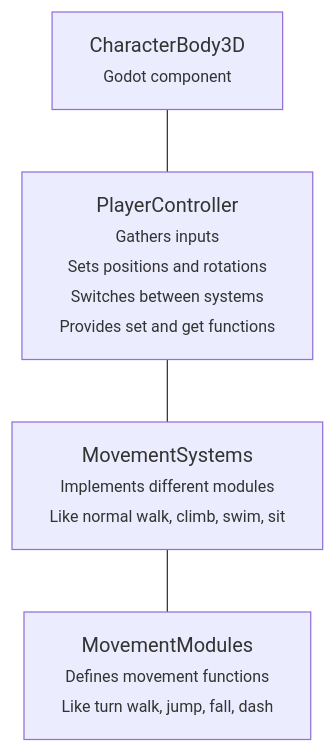
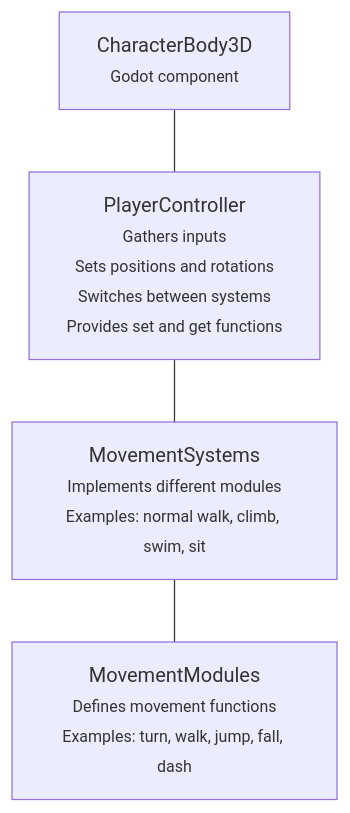
The diagram in README.md (iffn/CharacterControllerForGodot), drawn with Mermaid before and after one commit.

Commit message:
Improved phrasing

````diff
--- a/README.md
+++ b/README.md
@@ -3,12 +3,12 @@
 ```mermaid
 flowchart TD
     %% User interaction
     CharacterBody3D["CharacterBody3D"<br><span style='font-size: 0.8em;'>Godot component]
     PlayerController["PlayerController"<br><span style='font-size: 0.8em;'>Gathers inputs<br>Sets positions and rotations<br>Switches between systems<br>Provides set and get functions]
-    MovementSystems["MovementSystems"<br><span style='font-size: 0.8em;'>Implements different modules<br>Like normal walk, climb, swim, sit]
-    MovementModules["MovementModules"<br><span style='font-size: 0.8em;'>Defines movement functions<br>Like turn walk, jump, fall, dash]
+    MovementSystems["MovementSystems"<br><span style='font-size: 0.8em;'>Implements different modules<br>Examples: normal walk, climb, swim, sit]
+    MovementModules["MovementModules"<br><span style='font-size: 0.8em;'>Defines movement functions<br>Examples: turn, walk, jump, fall, dash]
     CharacterBody3D --- PlayerController
     PlayerController --- MovementSystems
     MovementSystems --- MovementModules
     
 ```
````
